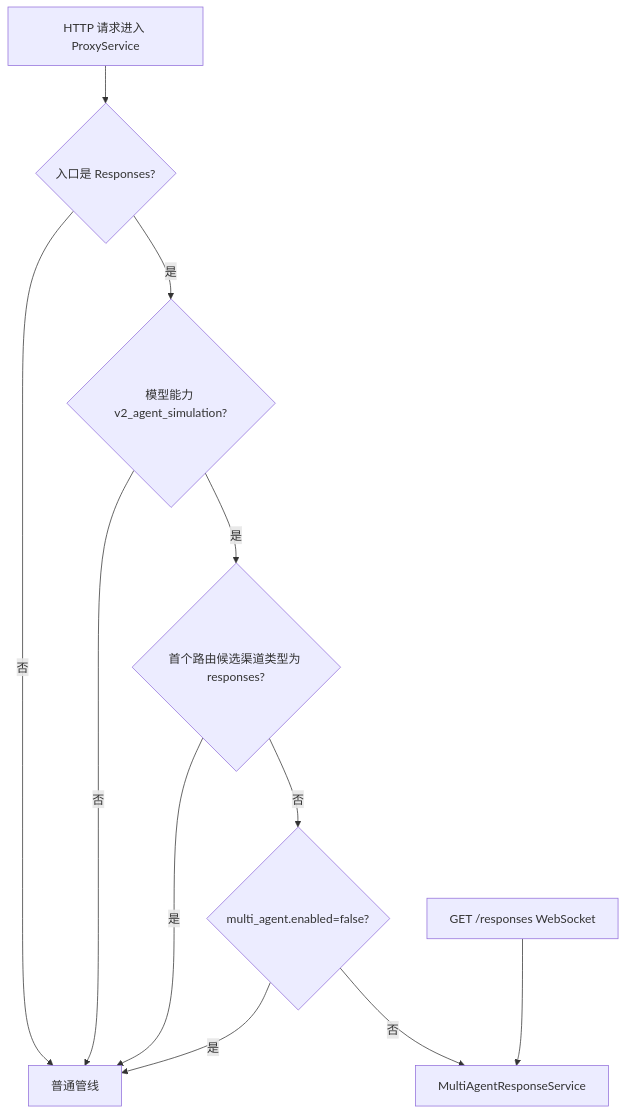
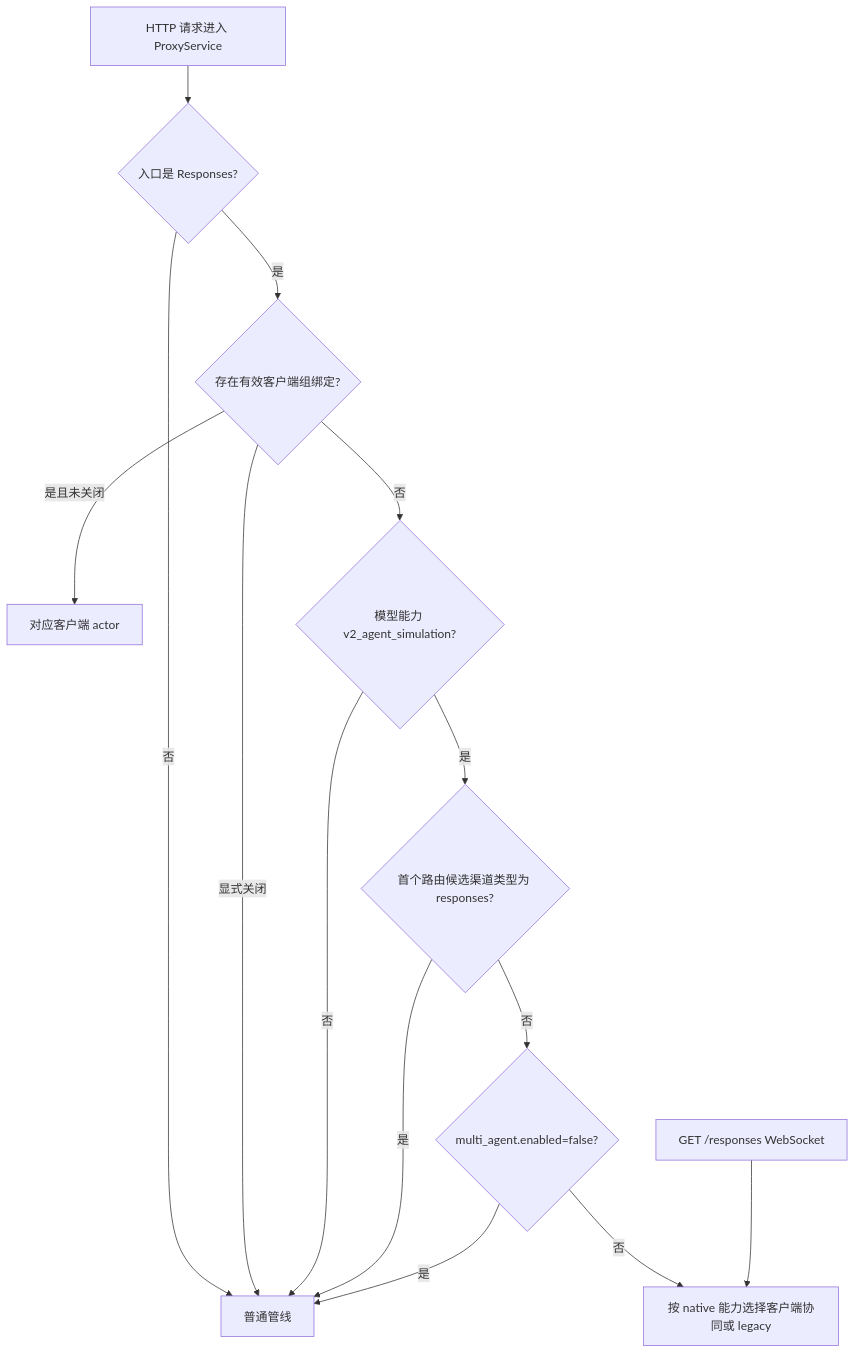
The diagram in prd/19-multi-agent-simulation.md (shL1481558059/OpenCodex), drawn with Mermaid before and after one commit. The commit also changed other lines of this file and 22 other files, not shown here.

First line of the commit message:
feat(multi-agent): 支持原生 Codex 子聊天的服务端代理协同

````diff
--- a/prd/19-multi-agent-simulation.md
+++ b/prd/19-multi-agent-simulation.md
@@ -127,13 +155,16 @@
 ```mermaid
 flowchart TD
     A[HTTP 请求进入 ProxyService] --> B{入口是 Responses?}
     B -- 否 --> P[普通管线]
-    B -- 是 --> C{模型能力 v2_agent_simulation?}
+    B -- 是 --> G{存在有效客户端组绑定?}
+    G -- 是且未关闭 --> H[对应客户端 actor]
+    G -- 否 --> C{模型能力 v2_agent_simulation?}
+    G -- 显式关闭 --> P
     C -- 否 --> P
     C -- 是 --> N{首个路由候选渠道类型为 responses?}
     N -- 是 --> P
     N -- 否 --> D{multi_agent.enabled=false?}
     D -- 是 --> P
-    D -- 否 --> M[MultiAgentResponseService]
+    D -- 否 --> M[按 native 能力选择客户端协同或 legacy]
     W[GET /responses WebSocket] --> M
 ```
````
